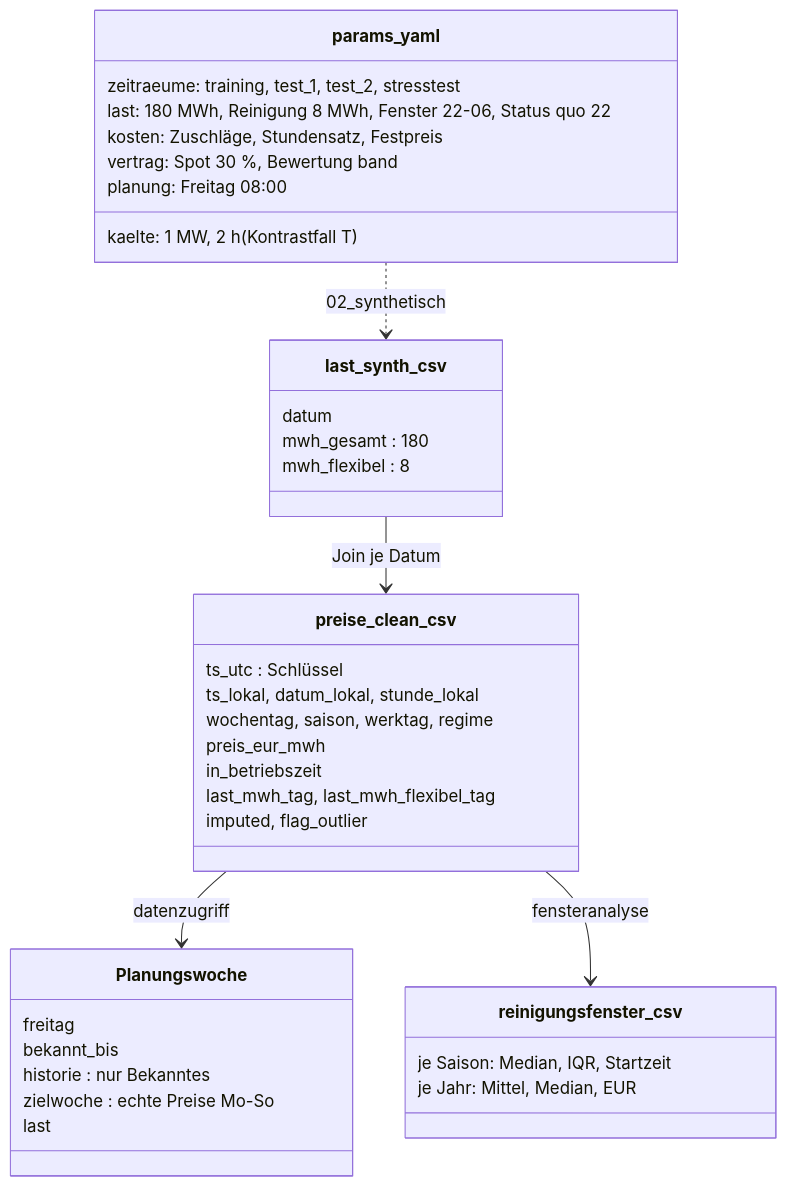
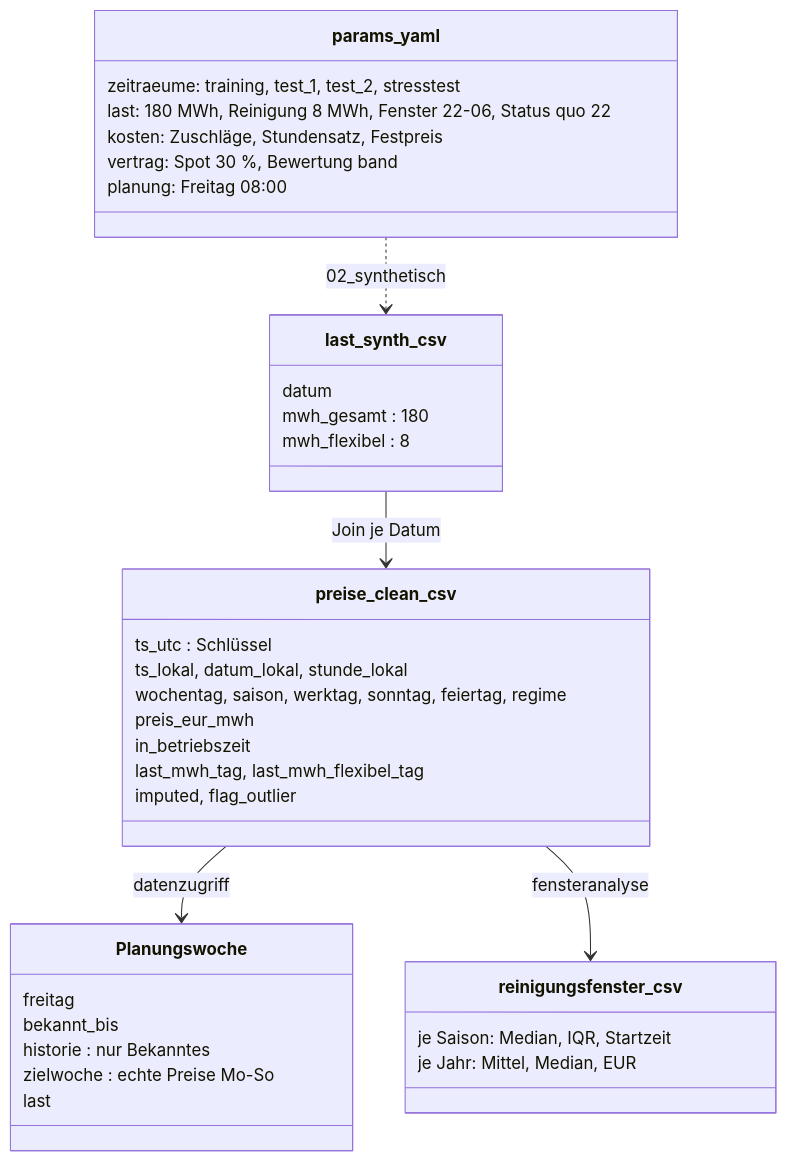
Before and after one commit to fiebermax/AuE_Flexibilitaetswert_DayAhead: the fifth of 5 diagrams in r2/docs/architektur.md, drawn with Mermaid. The commit also changed 10 other files, not shown here.

````diff
--- a/r2/docs/architektur.md
+++ b/r2/docs/architektur.md
@@ -155,40 +155,39 @@
 ```mermaid
 classDiagram
     class params_yaml {
         zeitraeume: training, test_1, test_2, stresstest
         last: 180 MWh, Reinigung 8 MWh, Fenster 22-06, Status quo 22
-        kaelte: 1 MW, 2 h (Kontrastfall T)
         kosten: Zuschläge, Stundensatz, Festpreis
         vertrag: Spot 30 %, Bewertung band
         planung: Freitag 08:00
     }
     class preise_clean_csv {
         ts_utc : Schlüssel
         ts_lokal, datum_lokal, stunde_lokal
-        wochentag, saison, werktag, regime
+        wochentag, saison, werktag, sonntag, feiertag, regime
         preis_eur_mwh
         in_betriebszeit
         last_mwh_tag, last_mwh_flexibel_tag
         imputed, flag_outlier
     }
     class last_synth_csv {
         datum
         mwh_gesamt : 180
         mwh_flexibel : 8
     }
     class Planungswoche {
         freitag
         bekannt_bis
         historie : nur Bekanntes
         zielwoche : echte Preise Mo-So
         last
     }
     class reinigungsfenster_csv {
         je Saison: Median, IQR, Startzeit
         je Jahr: Mittel, Median, EUR
     }
     params_yaml ..> last_synth_csv : 02_synthetisch
     last_synth_csv --> preise_clean_csv : Join je Datum
     preise_clean_csv --> Planungswoche : datenzugriff
     preise_clean_csv --> reinigungsfenster_csv : fensteranalyse
 ```
````
